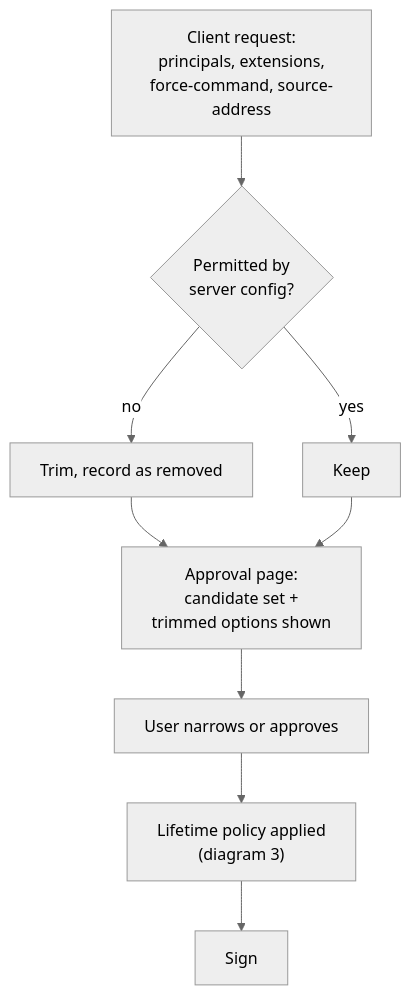
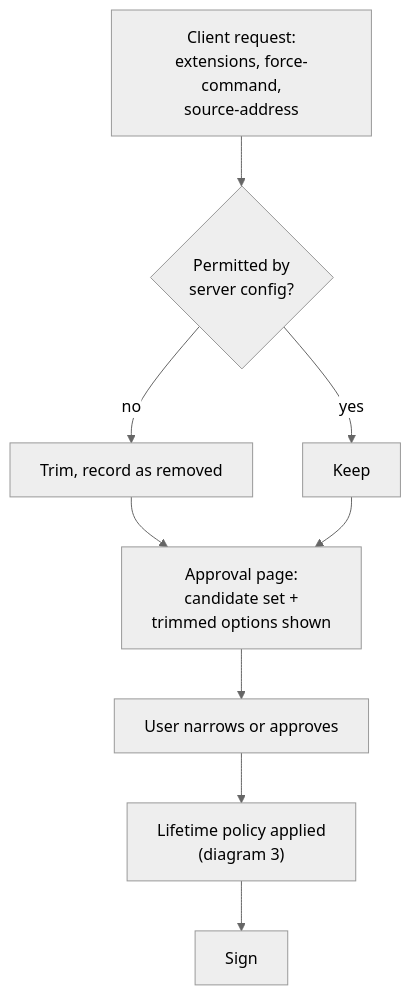
One commit to mnestor/ssoossh changed the first of 2 diagrams in user-docs/src/content/docs/concepts/options-and-lifetime.md. Above: the diagram before and after it, drawn with Mermaid (neutral theme). The commit also changed other lines of this file and 15 other files, not shown here.

````diff
--- a/user-docs/src/content/docs/concepts/options-and-lifetime.md
+++ b/user-docs/src/content/docs/concepts/options-and-lifetime.md
@@ -18,21 +18,21 @@
 ```mermaid
 flowchart TD
     accTitle: How a request’s options are narrowed before signing
     accDescr {
-      The client asks for principals, extensions, a force-command and a
-      source-address restriction. Each is tested against what the server
+      The client asks for extensions, a force-command and a source-address
+      restriction; principals are never part of the request. Each is tested against what the server
       configuration permits. Anything not permitted is trimmed and recorded as
       removed rather than silently dropped; anything permitted is kept. The
       approval page then shows the candidate set together with the trimmed
       options, the user narrows it further or approves as-is, the lifetime
       policy is applied, and the certificate is signed.
     }
-    A["Client request:<br/>principals, extensions,<br/>force-command, source-address"] --> B{"Permitted by<br/>server config?"}
+    A["Client request:<br/>extensions, force-command,<br/>source-address"] --> B{"Permitted by<br/>server config?"}
     B -- "no" --> C["Trim, record as removed"]
     B -- "yes" --> D["Keep"]
     C --> E["Approval page:<br/>candidate set +<br/>trimmed options shown"]
     D --> E
     E --> F["User narrows or approves"]
     F --> G["Lifetime policy applied<br/>(diagram 3)"]
     G --> H["Sign"]
 ```
````
